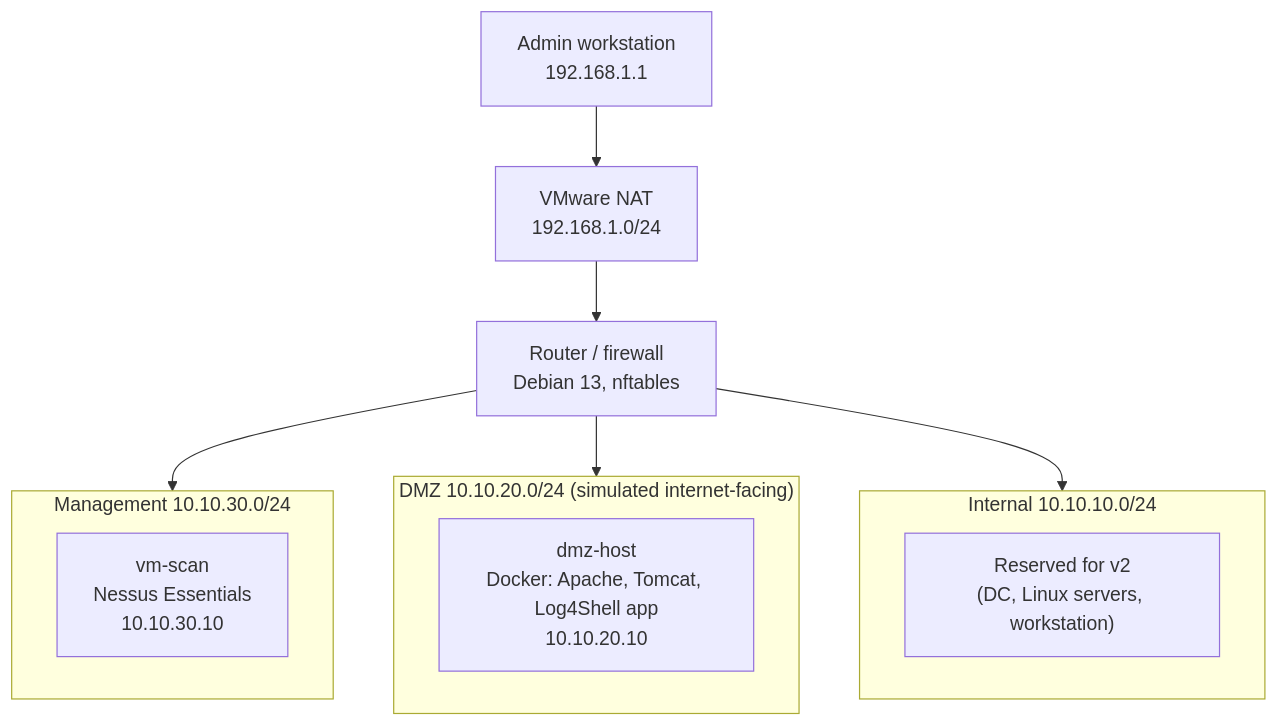
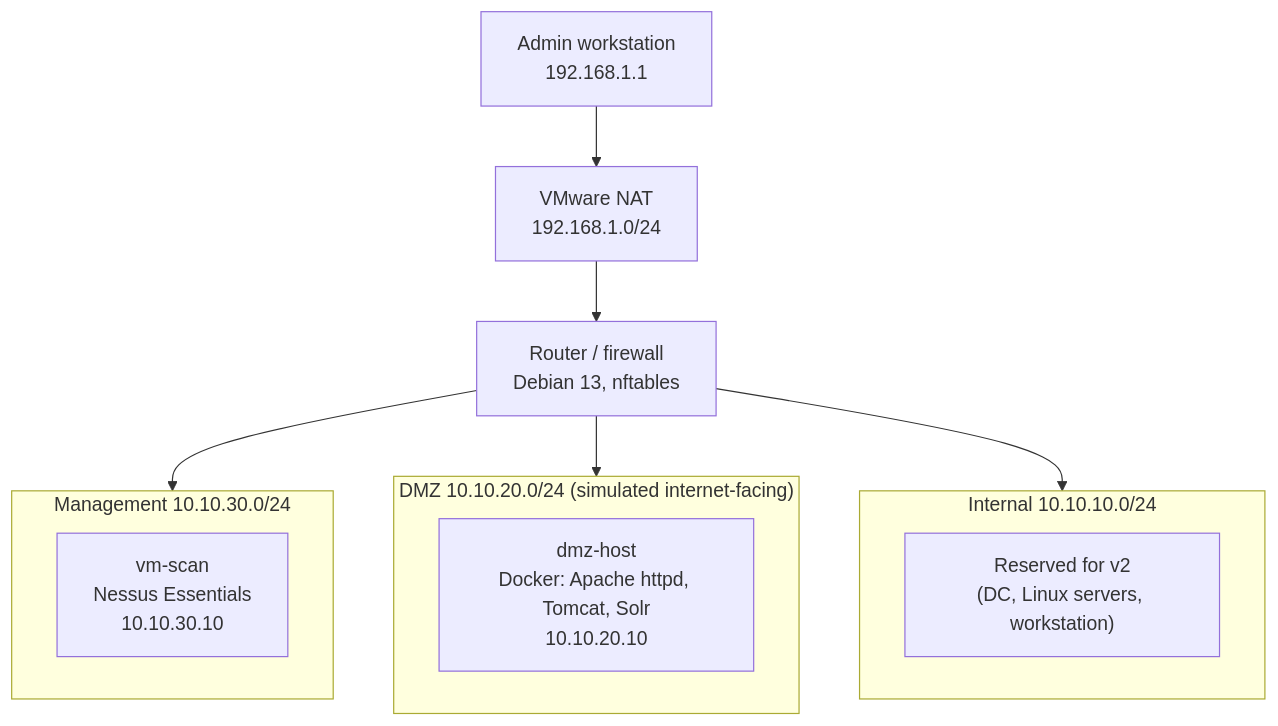
One commit to SecurelyClueless/vuln-mgmt-lab changed the diagram in README.md. Above: the diagram before and after it, drawn with Mermaid. The commit also changed other lines of this file and 12 other files, not shown here.

````diff
--- a/README.md
+++ b/README.md
@@ -20,23 +21,23 @@
 ```mermaid
 flowchart TB
     WIN["Admin workstation<br/>192.168.1.1"]
     NAT["VMware NAT<br/>192.168.1.0/24"]
     RTR["Router / firewall<br/>Debian 13, nftables"]
 
     subgraph MGMT["Management 10.10.30.0/24"]
         SCAN["vm-scan<br/>Nessus Essentials<br/>10.10.30.10"]
     end
 
     subgraph DMZ["DMZ 10.10.20.0/24 (simulated internet-facing)"]
-        DMZH["dmz-host<br/>Docker: Apache, Tomcat, Log4Shell app<br/>10.10.20.10"]
+        DMZH["dmz-host<br/>Docker: Apache httpd, Tomcat, Solr<br/>10.10.20.10"]
     end
 
     subgraph INT["Internal 10.10.10.0/24"]
         INTH["Reserved for v2<br/>(DC, Linux servers, workstation)"]
     end
 
     WIN --> NAT --> RTR
     RTR --> MGMT
     RTR --> DMZ
     RTR --> INT
 ```
````
